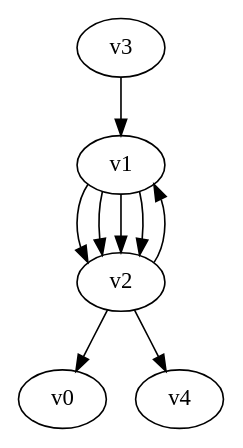
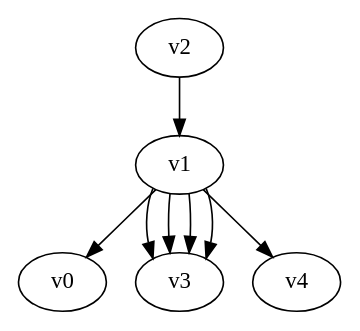
One commit to yadej/graph_project changed the diagram in digraph.dot. Above: the diagram before and after it, drawn with Graphviz. The commit also changed 1 other file, not shown here.

```diff
--- a/digraph.dot
+++ b/digraph.dot
@@ -1,10 +1,9 @@
 digraph G { 
-v1 -> v2;
-v1 -> v2;
-v1 -> v2;
-v1 -> v2;
-v2 -> v0;
+v1 -> v0;
+v1 -> v3;
+v1 -> v3;
+v1 -> v3;
+v1 -> v3;
+v1 -> v4;
 v2 -> v1;
-v2 -> v4;
-v3 -> v1;
 }
```
